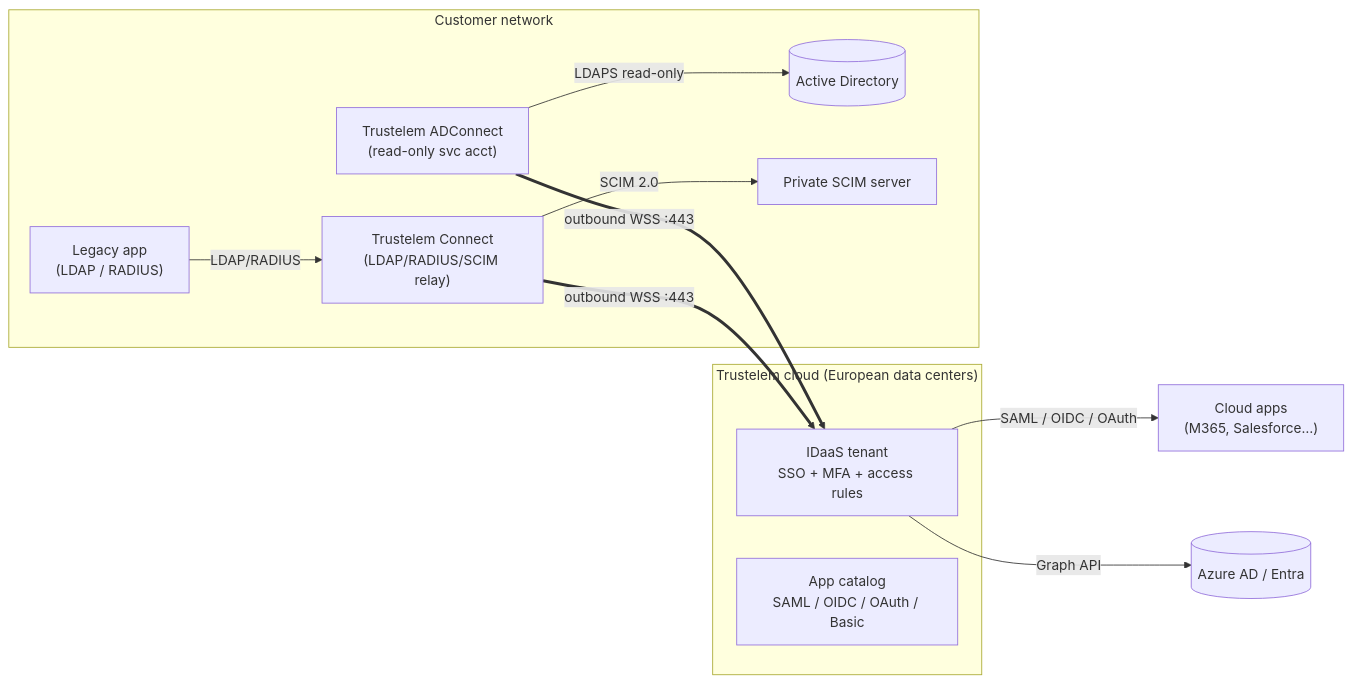
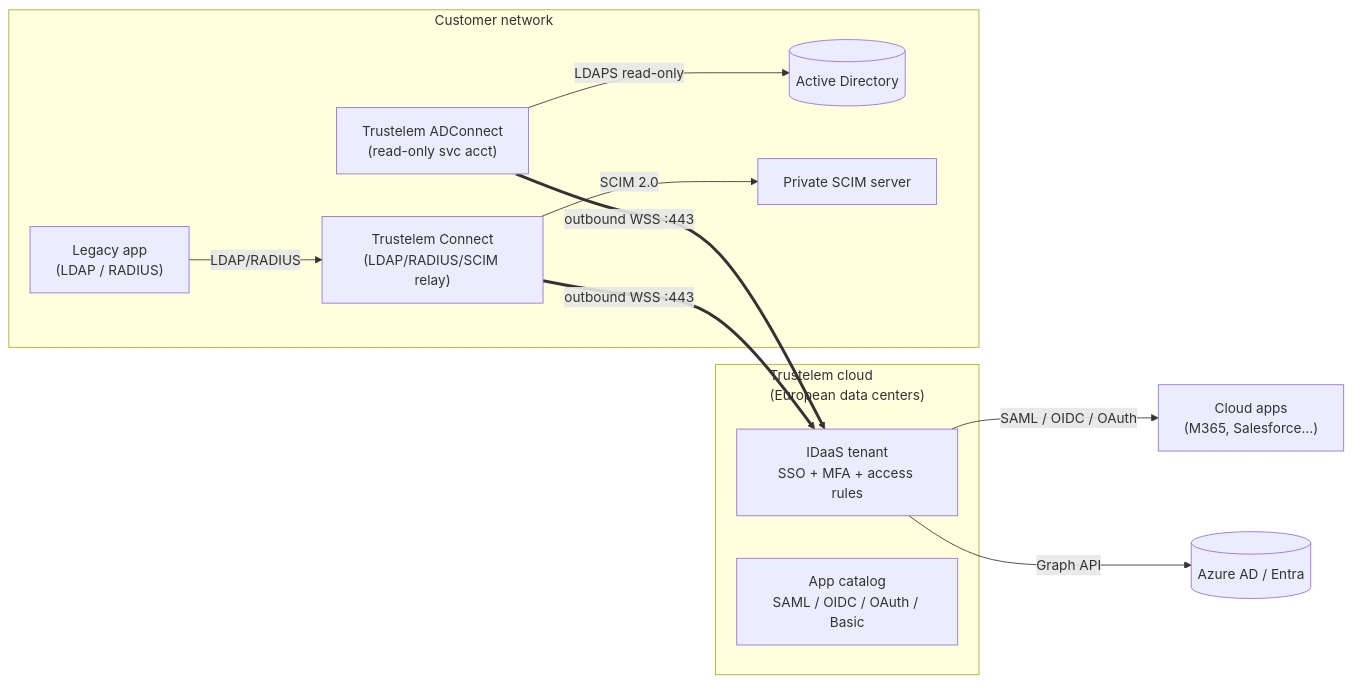
The third of 4 diagrams in certs/wallix/deep-dives/idaas-trustelem.md (morandeirachema/WallixCerts), drawn with Mermaid before and after one commit. The commit also changed 35 other files, not shown here.

First line of the commit message:
Tidy Mermaid boxes: balanced wrapping at a narrower width (36)

````diff
--- a/certs/wallix/deep-dives/idaas-trustelem.md
+++ b/certs/wallix/deep-dives/idaas-trustelem.md
@@ -241,23 +241,23 @@
 ```mermaid
 flowchart LR
-    subgraph cloud["Trustelem cloud (European data centers)"]
+    subgraph cloud["Trustelem cloud<br/>(European data centers)"]
         IdP["IDaaS tenant<br/>SSO + MFA + access rules"]
         Cat["App catalog<br/>SAML / OIDC / OAuth / Basic"]
     end
     subgraph onprem["Customer network"]
         ADC["Trustelem ADConnect<br/>(read-only svc acct)"]
         TC["Trustelem Connect<br/>(LDAP/RADIUS/SCIM relay)"]
         AD[("Active Directory")]
         Legacy["Legacy app<br/>(LDAP / RADIUS)"]
         Scim["Private SCIM server"]
     end
     SaaSApp["Cloud apps<br/>(M365, Salesforce…)"]
     Azure[("Azure AD / Entra")]
     ADC -- "LDAPS read-only" --> AD
     ADC == "outbound WSS :443" ==> IdP
     TC == "outbound WSS :443" ==> IdP
     Legacy -- "LDAP/RADIUS" --> TC
     TC -- "SCIM 2.0" --> Scim
     IdP -- "SAML / OIDC / OAuth" --> SaaSApp
     IdP -- "Graph API" --> Azure
 ```
````
